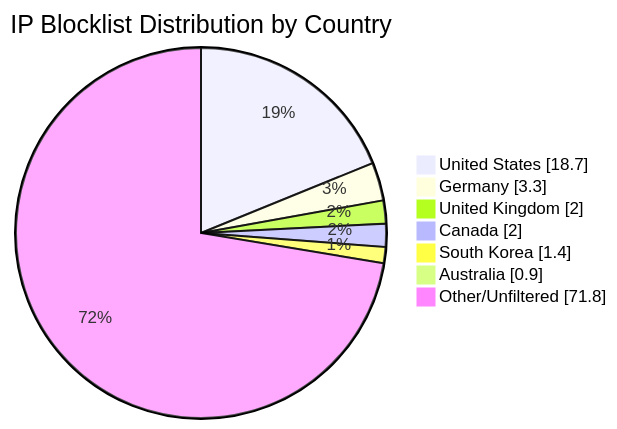
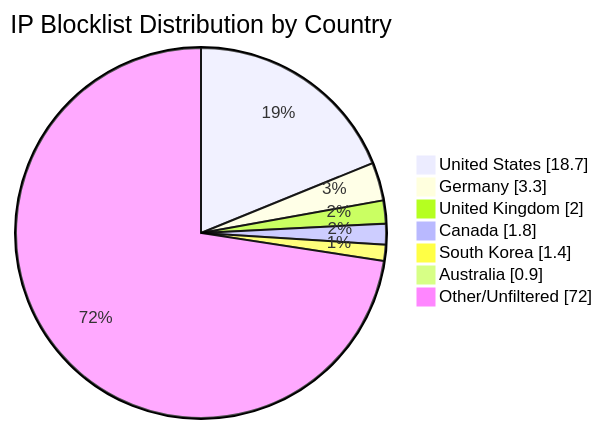
Before and after one commit to MarcusHoltz/ipblocklist-geofiltered-aggregator: the diagram in README.md, drawn with Mermaid. The commit also changed other lines of this file and 9 other files, not shown here.

````diff
--- a/README.md
+++ b/README.md
@@ -34,10 +34,10 @@
 ```mermaid
 pie showData title IP Blocklist Distribution by Country
 "United States" : 18.7
 "Germany" : 3.3
 "United Kingdom" : 2.0
-"Canada" : 2.0
+"Canada" : 1.8
 "South Korea" : 1.4
 "Australia" : 0.9
-"Other/Unfiltered" : 71.8
+"Other/Unfiltered" : 72.0
 ```
````
